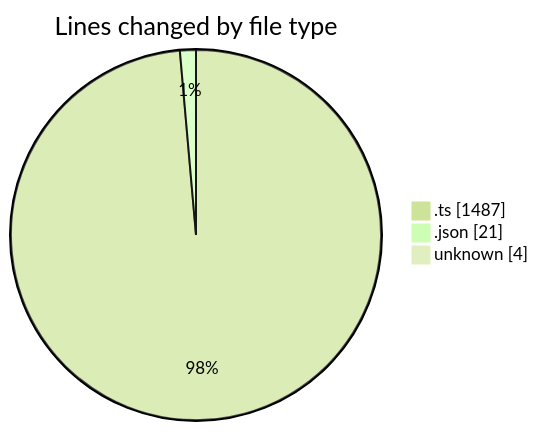
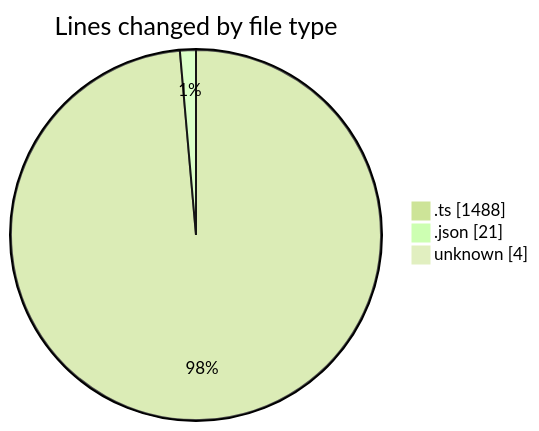
One commit to tmsrecording-cyber/code-tracking changed the first of 2 diagrams in 2026-02-03/singularitybrainai/README.md. Above: the diagram before and after it, drawn with Mermaid (forest theme). The commit also changed other lines of this file and 1 other file, not shown here.

````diff
--- a/2026-02-03/singularitybrainai/README.md
+++ b/2026-02-03/singularitybrainai/README.md
@@ -23,7 +23,7 @@
 ```mermaid
 pie showData
 title Lines changed by file type
-".ts" : 1487
+".ts" : 1488
 ".json" : 21
 "unknown" : 4
 ```
````
